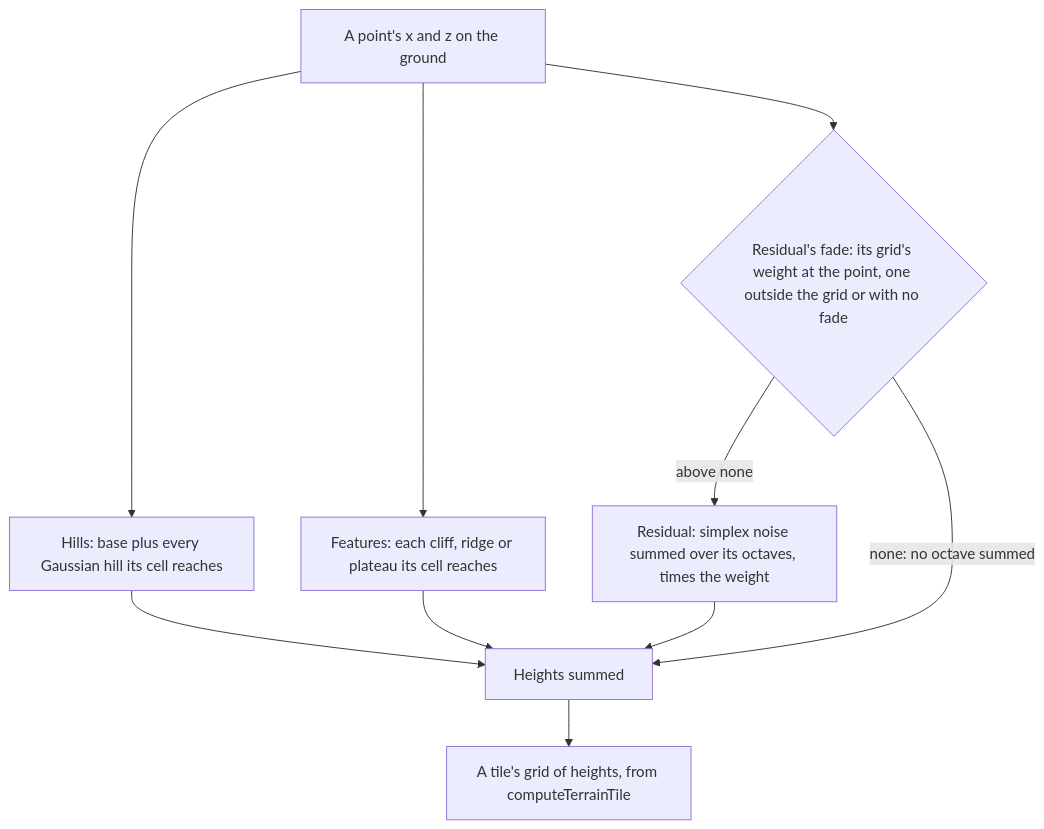
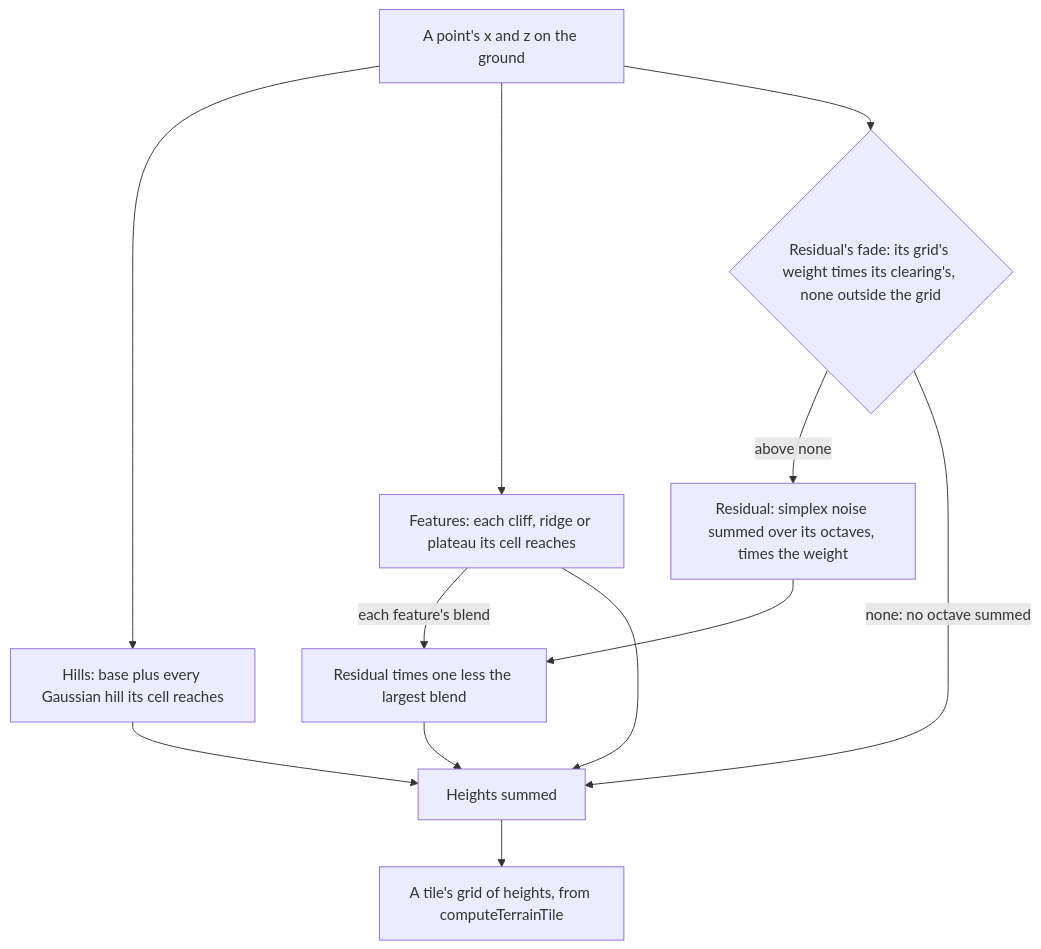
Before and after one commit to Esposter/Esposter: the diagram in apps/web/content/docs/genshin/terrain-shape-height.md, drawn with Mermaid. The commit also changed other lines of this file and 3 other files, not shown here.

````diff
--- a/apps/web/content/docs/genshin/terrain-shape-height.md
+++ b/apps/web/content/docs/genshin/terrain-shape-height.md
@@ -12,12 +12,14 @@
 ```mermaid
 flowchart TD
   PT["A point's x and z on the ground"] --> HL["Hills: base plus every Gaussian hill its cell reaches"]
   PT --> FT["Features: each cliff, ridge or plateau its cell reaches"]
-  PT --> FD{"Residual's fade: its grid's weight at the point, one outside the grid or with no fade"}
+  PT --> FD{"Residual's fade: its grid's weight times its clearing's, none outside the grid"}
   FD -->|"above none"| RS["Residual: simplex noise summed over its octaves, times the weight"]
   FD -->|"none: no octave summed"| SUM["Heights summed"]
+  FT -->|"each feature's blend"| CL["Residual times one less the largest blend"]
+  RS --> CL
+  CL --> SUM
   HL --> SUM
   FT --> SUM
-  RS --> SUM
   SUM --> TILE["A tile's grid of heights, from computeTerrainTile"]
 ```
````
